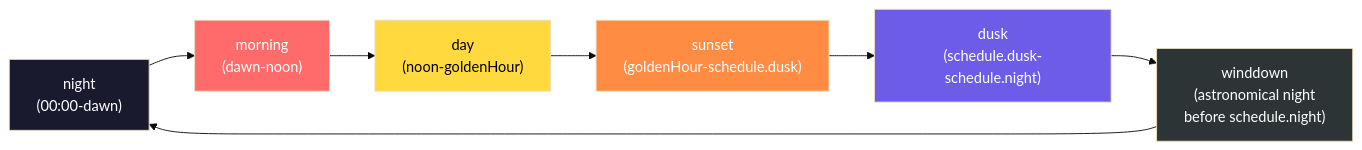
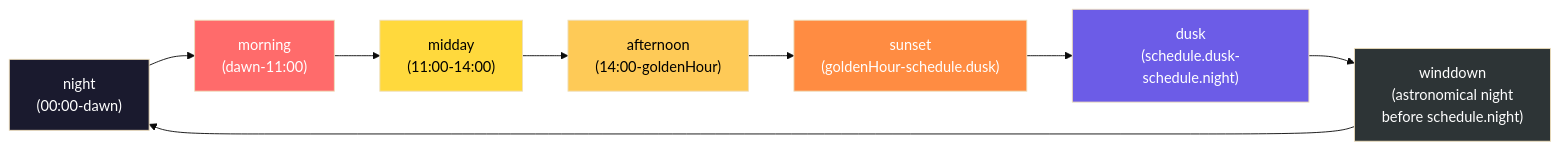
Before and after one commit to NickBorgers/home-automation: the second of 6 diagrams in docs/flows/DAY_PHASE_MODES.md, drawn with Mermaid (base theme). The commit also changed other lines of this file and 12 other files, not shown here.

First line of the commit message:
feat(dayphase): Add midday and afternoon phases

````diff
--- a/docs/flows/DAY_PHASE_MODES.md
+++ b/docs/flows/DAY_PHASE_MODES.md
@@ -63,23 +67,26 @@
 ```mermaid
 flowchart LR
     night["night<br/>(00:00-dawn)"]
-    morning["morning<br/>(dawn-noon)"]
-    day["day<br/>(noon-goldenHour)"]
+    morning["morning<br/>(dawn-11:00)"]
+    midday["midday<br/>(11:00-14:00)"]
+    afternoon["afternoon<br/>(14:00-goldenHour)"]
     sunset["sunset<br/>(goldenHour-schedule.dusk)"]
     dusk["dusk<br/>(schedule.dusk-schedule.night)"]
     winddown["winddown<br/>(astronomical night<br/>before schedule.night)"]
 
     night --> morning
-    morning --> day
-    day --> sunset
+    morning --> midday
+    midday --> afternoon
+    afternoon --> sunset
     sunset --> dusk
     dusk --> winddown
     winddown --> night
 
     style night fill:#1a1a2e,color:#fff
     style morning fill:#ff6b6b,color:#fff
-    style day fill:#ffd93d,color:#000
+    style midday fill:#ffd93d,color:#000
+    style afternoon fill:#feca57,color:#000
     style sunset fill:#ff8c42,color:#fff
     style dusk fill:#6c5ce7,color:#fff
     style winddown fill:#2d3436,color:#fff
 ```
````
